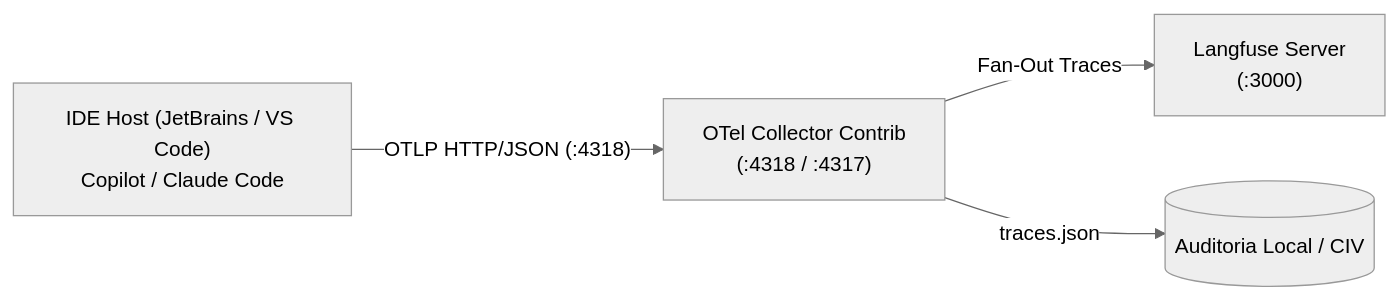
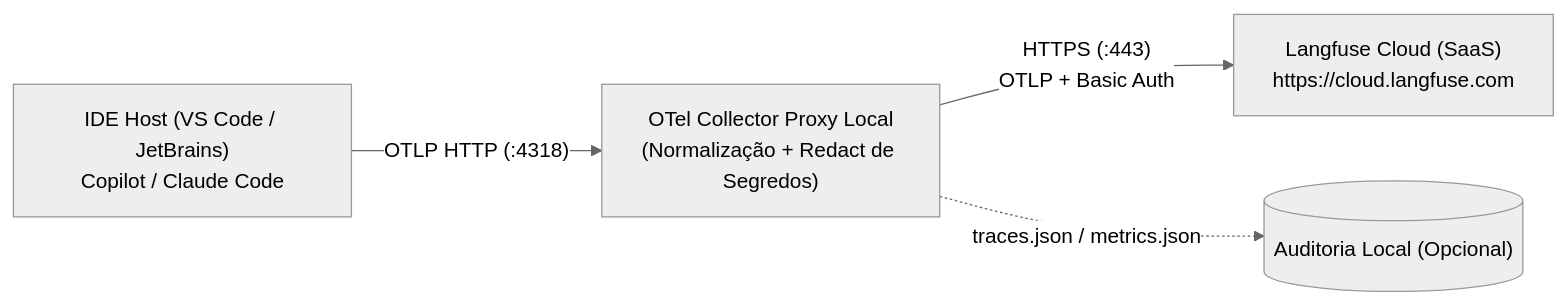
Before and after one commit to jezreel8858/deep-agents-copilot: the diagram in tools/otel-langfuse/README.md, drawn with Mermaid (neutral theme). The commit also changed other lines of this file and 38 other files, not shown here.

First line of the commit message:
feat(observability): integra pipeline Langfuse Cloud, proxy MCP e evals

````diff
--- a/tools/otel-langfuse/README.md
+++ b/tools/otel-langfuse/README.md
@@ -11,6 +24,6 @@
 ```mermaid
 flowchart LR
-    IDE["IDE Host (JetBrains / VS Code)\nCopilot / Claude Code"] -- "OTLP HTTP/JSON (:4318)" --> Collector["OTel Collector Contrib\n(:4318 / :4317)"]
-    Collector -- "Fan-Out Traces" --> Langfuse["Langfuse Server\n(:3000)"]
-    Collector -- "traces.json" --> Storage[("Auditoria Local / CIV")]
+    IDE["IDE Host (VS Code / JetBrains)\nCopilot / Claude Code"] -- "OTLP HTTP (:4318)" --> Collector["OTel Collector Proxy Local\n(Normalização + Redact de Segredos)"]
+    Collector -- "HTTPS (:443)\nOTLP + Basic Auth" --> LangfuseCloud["Langfuse Cloud (SaaS)\nhttps://cloud.langfuse.com"]
+    Collector -. "traces.json / metrics.json" .-> LocalLog[("Auditoria Local (Opcional)")]
 ```
````
